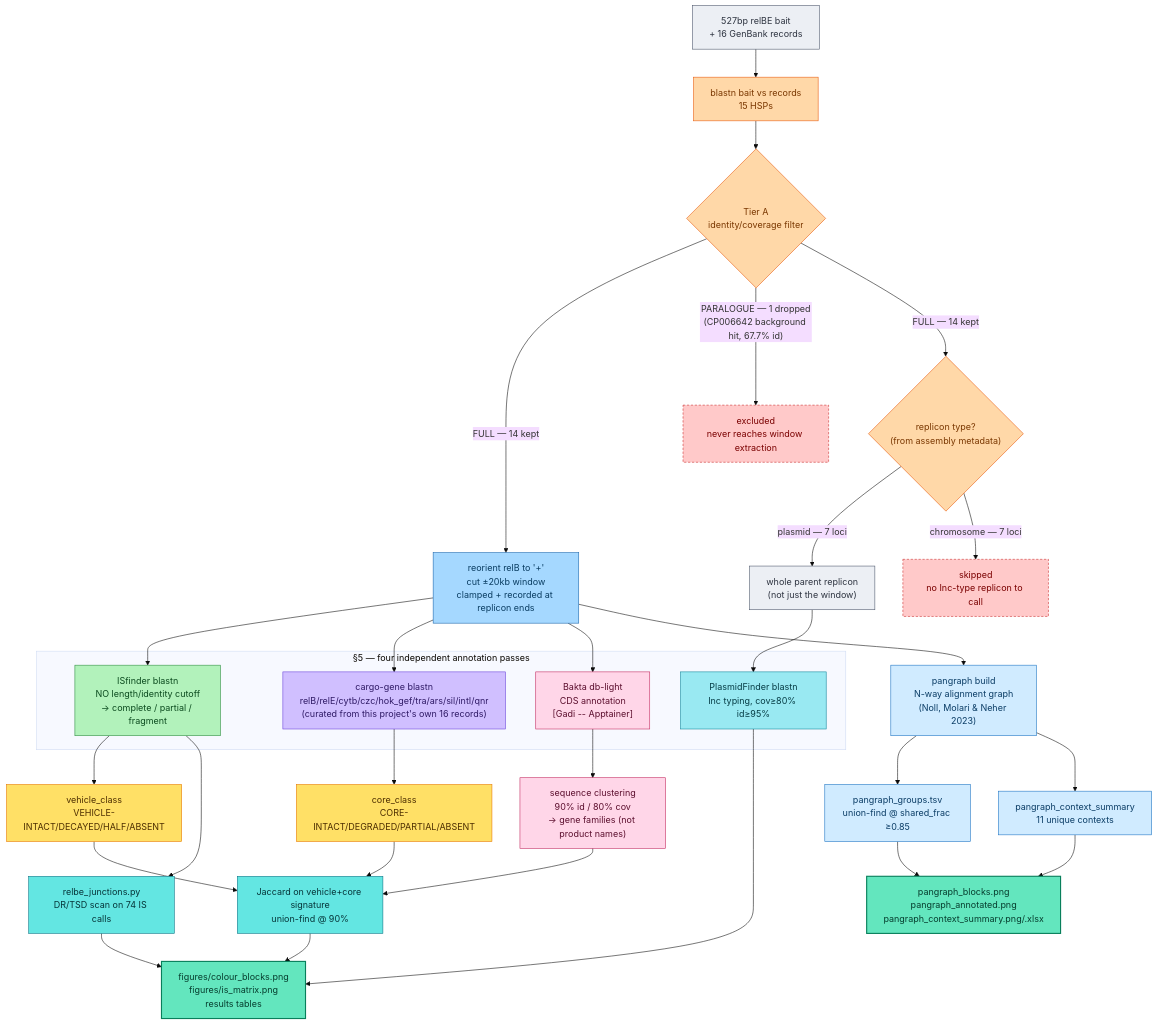
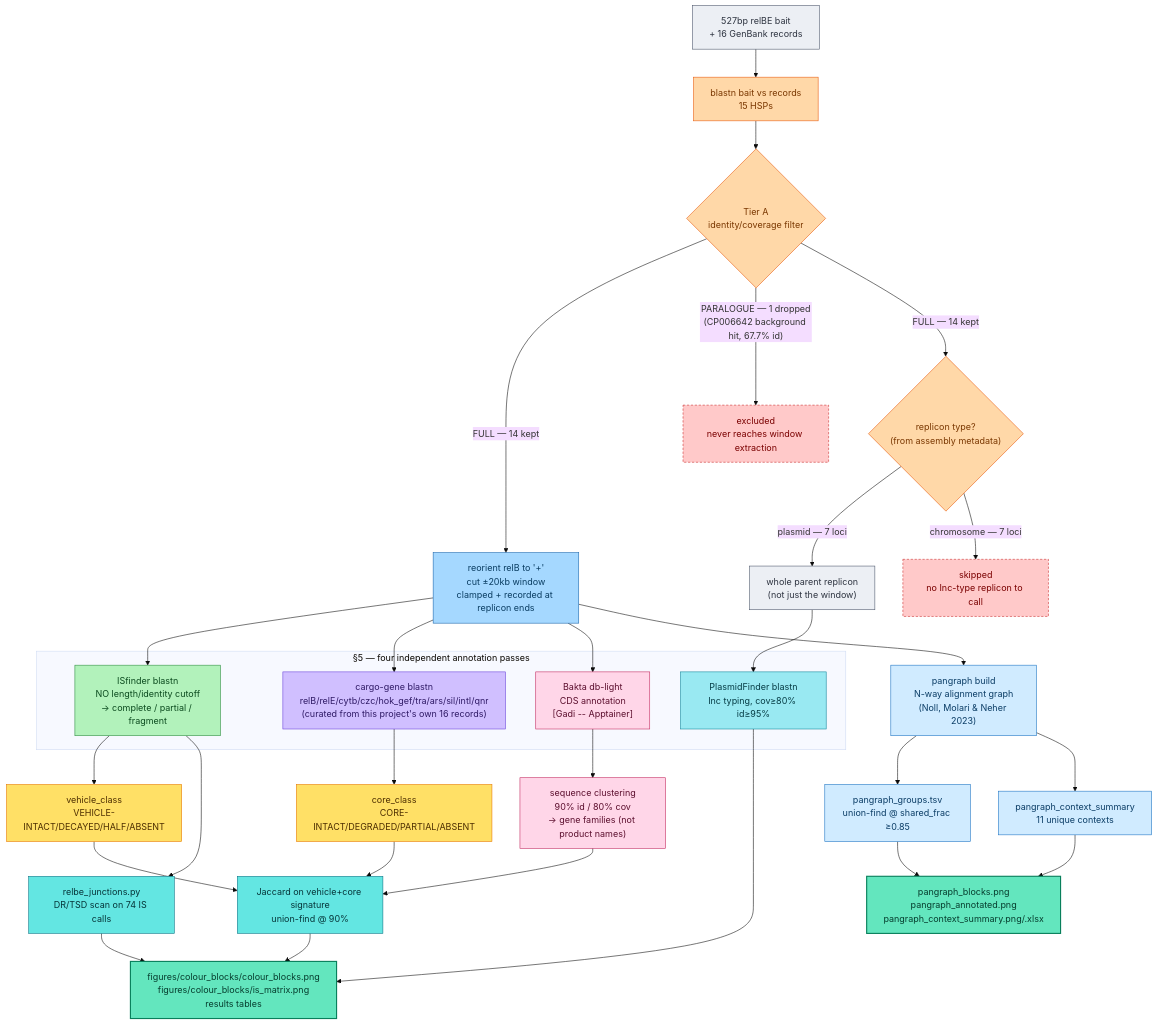
Before and after one commit to sethiyap/TAflank: the second of 2 diagrams in REPORT.md, drawn with Mermaid (base theme). The commit also changed other lines of this file and 70 other files, not shown here.

````diff
--- a/REPORT.md
+++ b/REPORT.md
@@ -110,63 +110,63 @@
 ```mermaid
 flowchart TD
     bait["527bp relBE bait\n+ 16 GenBank records"]:::input
 
     bait --> blast["blastn bait vs records\n15 HSPs"]:::tier
     blast --> tierA{"Tier A\nidentity/coverage filter"}:::tier
     tierA -->|"FULL — 14 kept"| window
     tierA -->|"PARALOGUE — 1 dropped\n(CP006642 background hit, 67.7% id)"| dropped["excluded\nnever reaches window extraction"]:::dropped
 
     window["reorient relB to '+'\ncut ±20kb window\nclamped + recorded at replicon ends"]:::window
     window --> isfinder
     window --> cargo
     window --> bakta
     window --> pangraphBuild
 
     tierA -->|"FULL — 14 kept"| replClass{"replicon type?\n(from assembly metadata)"}:::tier
     replClass -->|"plasmid — 7 loci"| replicon
     replClass -->|"chromosome — 7 loci"| noPF["skipped\nno Inc-type replicon to call"]:::dropped
 
     replicon["whole parent replicon\n(not just the window)"]:::input --> plasmidfinder
 
     subgraph annotate["§5 — four independent annotation passes"]
         isfinder["ISfinder blastn\nNO length/identity cutoff\n→ complete / partial / fragment"]:::isfinder
         cargo["cargo-gene blastn\nrelB/relE/cytb/czc/hok_gef/tra/ars/sil/intI/qnr\n(curated from this project's own 16 records)"]:::cargo
         plasmidfinder["PlasmidFinder blastn\nInc typing, cov≥80% id≥95%"]:::plasmidfinder
         bakta["Bakta db-light\nCDS annotation\n[Gadi -- Apptainer]"]:::bakta
     end
 
     bakta --> families["sequence clustering\n90% id / 80% cov\n→ gene families (not product names)"]:::bakta
 
     isfinder --> vehicle["vehicle_class\nVEHICLE-INTACT/DECAYED/HALF/ABSENT"]:::classify
     cargo --> core["core_class\nCORE-INTACT/DEGRADED/PARTIAL/ABSENT"]:::classify
 
     isfinder --> tsd["relbe_junctions.py\nDR/TSD scan on 74 IS calls"]:::history
     vehicle --> jaccard["Jaccard on vehicle+core signature\nunion-find @ 90%"]:::history
     core --> jaccard
     families --> jaccard
 
     tsd --> figure
     jaccard --> figure
     plasmidfinder --> figure
-    figure["figures/colour_blocks.png\nfigures/is_matrix.png\nresults tables"]:::output
+    figure["figures/colour_blocks/colour_blocks.png\nfigures/colour_blocks/is_matrix.png\nresults tables"]:::output
 
     pangraphBuild["pangraph build\nN-way alignment graph\n(Noll, Molari & Neher 2023)"]:::pangraph
     pangraphBuild --> pangraphGroups["pangraph_groups.tsv\nunion-find @ shared_frac ≥0.85"]:::pangraph
     pangraphBuild --> pangraphCtx["pangraph_context_summary\n11 unique contexts"]:::pangraph
     pangraphGroups --> pangraphOut
     pangraphCtx --> pangraphOut
     pangraphOut["pangraph_blocks.png\npangraph_annotated.png\npangraph_context_summary.png/.xlsx"]:::output
 
     classDef input fill:#eceff4,stroke:#4c566a,color:#2e3440,stroke-width:1px
     classDef tier fill:#ffd8a8,stroke:#e8590c,color:#7a3700,stroke-width:1px
     classDef dropped fill:#ffc9c9,stroke:#c92a2a,color:#7a0000,stroke-width:1px,stroke-dasharray: 4 3
     classDef window fill:#a5d8ff,stroke:#1864ab,color:#0a3d62,stroke-width:1px
     classDef isfinder fill:#b2f2bb,stroke:#2b8a3e,color:#0b4a1e,stroke-width:1px
     classDef cargo fill:#d0bfff,stroke:#6741d9,color:#2f1a66,stroke-width:1px
     classDef plasmidfinder fill:#99e9f2,stroke:#0c8599,color:#063c45,stroke-width:1px
     classDef bakta fill:#ffd6e8,stroke:#c2255c,color:#5c0f2e,stroke-width:1px
     classDef classify fill:#ffe066,stroke:#e67700,color:#4d2e00,stroke-width:1px
     classDef history fill:#63e6e2,stroke:#0b7285,color:#063539,stroke-width:1px
     classDef pangraph fill:#d0ebff,stroke:#1971c2,color:#0b3d66,stroke-width:1px
     classDef output fill:#63e6be,stroke:#087f5b,color:#063d2e,stroke-width:2px
 ```
````
